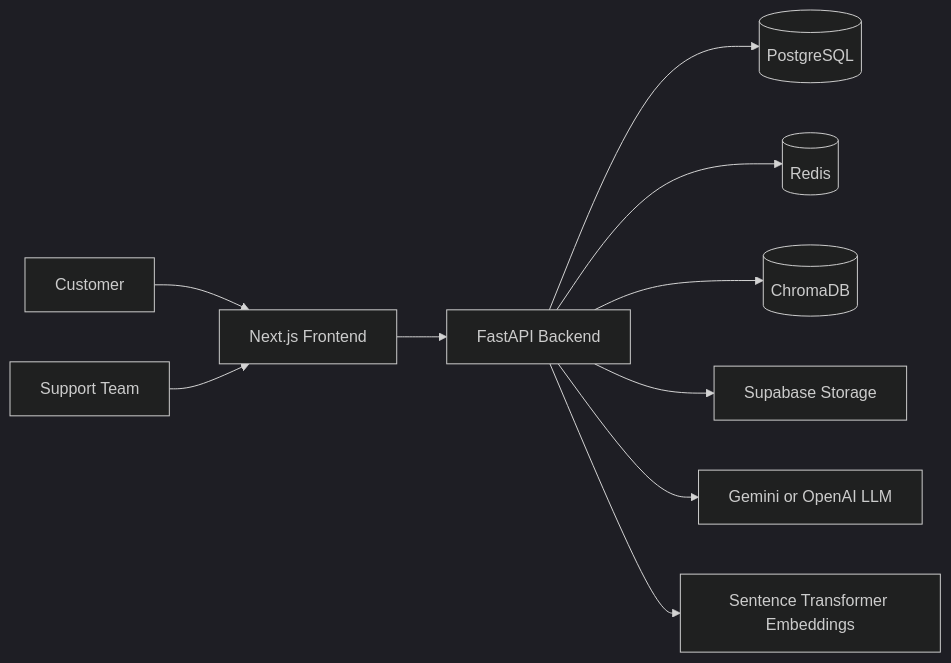
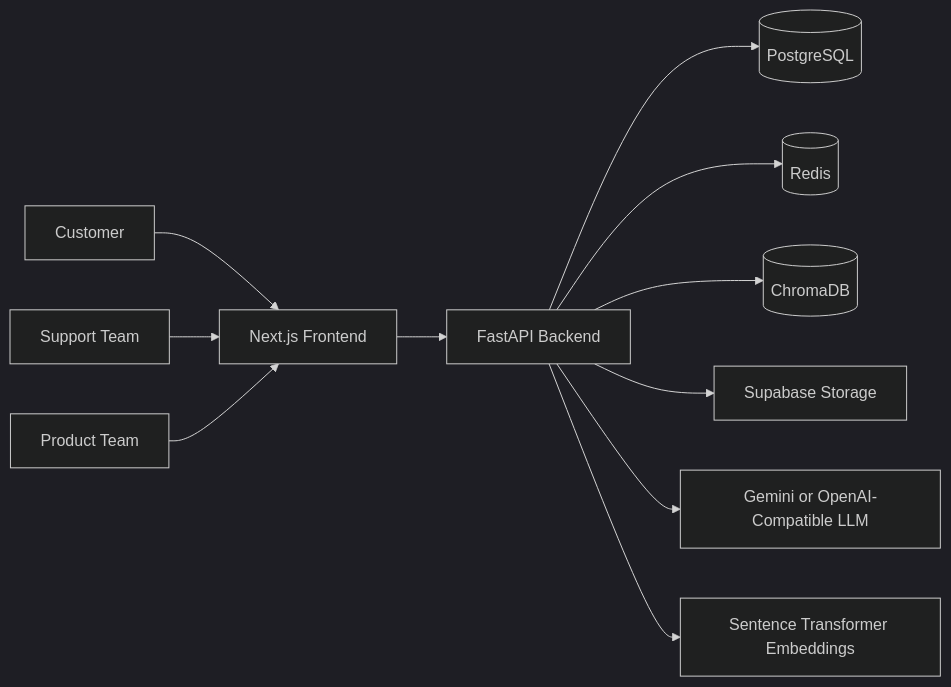
The first of 3 diagrams in docs/architecture.md (prajwal-mhase/FlowZint-AI-Hackathon-2026), drawn with Mermaid (dark theme) before and after one commit. The commit also changed other lines of this file and 14 other files, not shown here.

````diff
--- a/docs/architecture.md
+++ b/docs/architecture.md
@@ -9,12 +7,13 @@
 ```mermaid
 flowchart LR
   Customer[Customer] --> Frontend[Next.js Frontend]
-  SupportTeam[Support Team] --> Frontend
+  Support[Support Team] --> Frontend
+  Product[Product Team] --> Frontend
   Frontend --> API[FastAPI Backend]
   API --> Postgres[(PostgreSQL)]
   API --> Redis[(Redis)]
   API --> Chroma[(ChromaDB)]
   API --> Storage[Supabase Storage]
-  API --> LLM[Gemini or OpenAI LLM]
+  API --> LLM[Gemini or OpenAI-Compatible LLM]
   API --> Embeddings[Sentence Transformer Embeddings]
 ```
````
